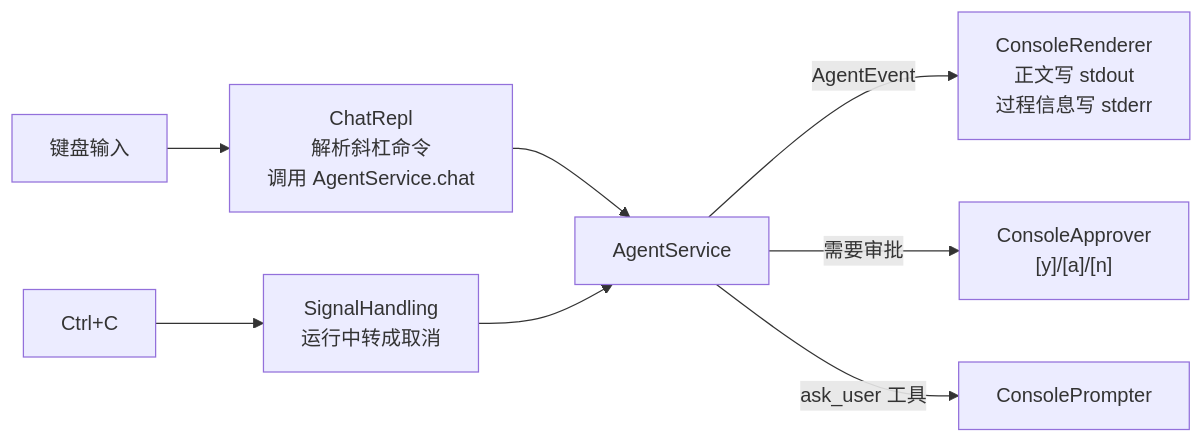
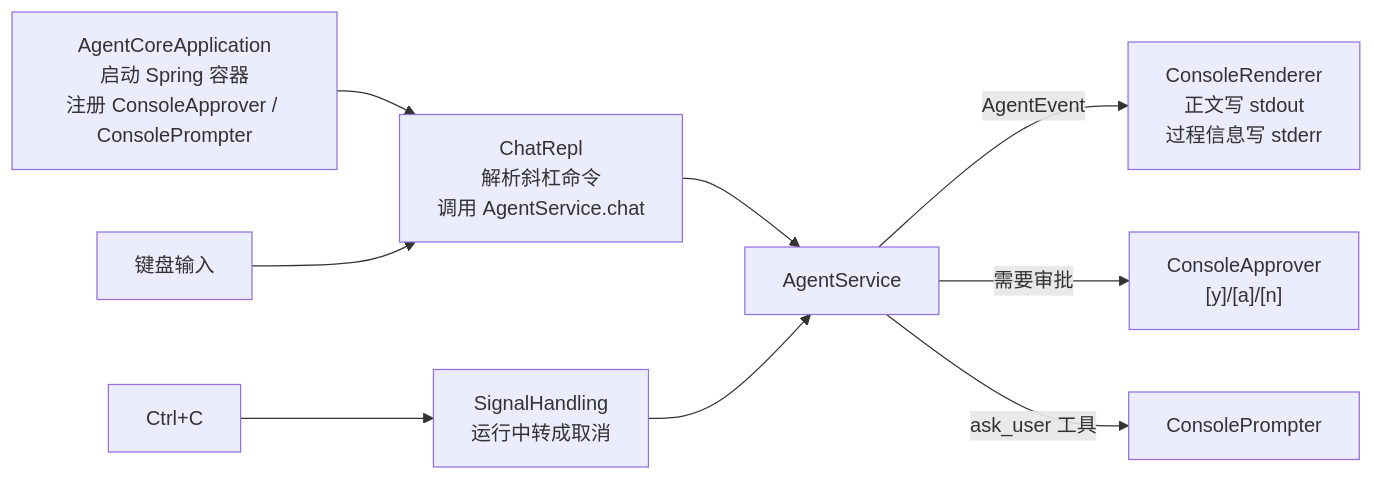
The second of 3 diagrams in docs/07-integration.md (stackJx/agent-java), drawn with Mermaid before and after one commit. The commit also changed other lines of this file and 40 other files, not shown here.

````diff
--- a/docs/07-integration.md
+++ b/docs/07-integration.md
@@ -42,9 +47,10 @@
 ```mermaid
 flowchart LR
+    main["AgentCoreApplication<br/>启动 Spring 容器<br/>注册 ConsoleApprover / ConsolePrompter"] --> repl
     stdin["键盘输入"] --> repl["ChatRepl<br/>解析斜杠命令<br/>调用 AgentService.chat"]
     repl --> svc["AgentService"]
     svc -- "AgentEvent" --> render["ConsoleRenderer<br/>正文写 stdout<br/>过程信息写 stderr"]
     svc -- "需要审批" --> appr["ConsoleApprover<br/>[y]/[a]/[n]"]
     svc -- "ask_user 工具" --> prompt["ConsolePrompter"]
     sig["Ctrl+C"] --> sh["SignalHandling<br/>运行中转成取消"] --> svc
 ```
````
